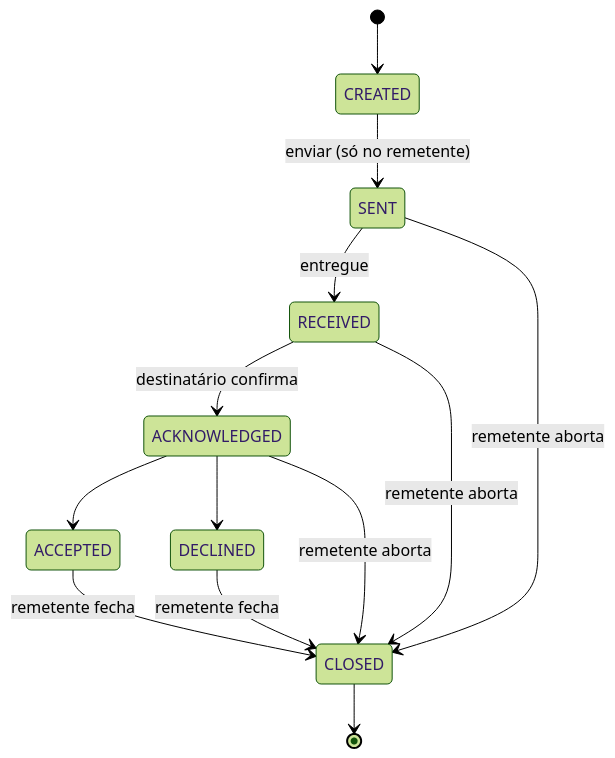
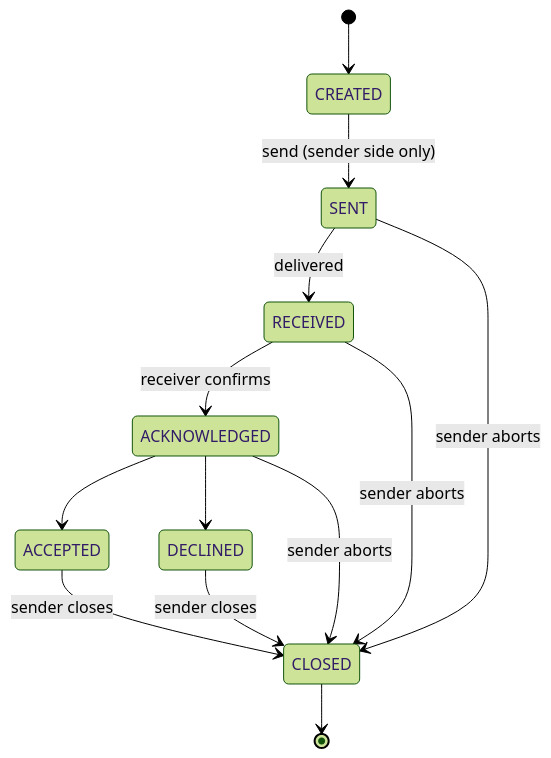
Before and after one commit to pedrobtmartins/catena-x-simplified: the second of 3 diagrams in docs/architecture.md, drawn with Mermaid (forest theme). The commit also changed other lines of this file and 1 other file, not shown here.

````diff
--- a/docs/architecture.md
+++ b/docs/architecture.md
@@ -156,15 +156,15 @@
 ```mermaid
 stateDiagram-v2
     [*] --> CREATED
-    CREATED --> SENT: enviar (só no remetente)
-    SENT --> RECEIVED: entregue
-    RECEIVED --> ACKNOWLEDGED: destinatário confirma
+    CREATED --> SENT: send (sender side only)
+    SENT --> RECEIVED: delivered
+    RECEIVED --> ACKNOWLEDGED: receiver confirms
     ACKNOWLEDGED --> ACCEPTED
     ACKNOWLEDGED --> DECLINED
-    ACCEPTED --> CLOSED: remetente fecha
-    DECLINED --> CLOSED: remetente fecha
-    SENT --> CLOSED: remetente aborta
-    RECEIVED --> CLOSED: remetente aborta
-    ACKNOWLEDGED --> CLOSED: remetente aborta
+    ACCEPTED --> CLOSED: sender closes
+    DECLINED --> CLOSED: sender closes
+    SENT --> CLOSED: sender aborts
+    RECEIVED --> CLOSED: sender aborts
+    ACKNOWLEDGED --> CLOSED: sender aborts
     CLOSED --> [*]
 ```
````
